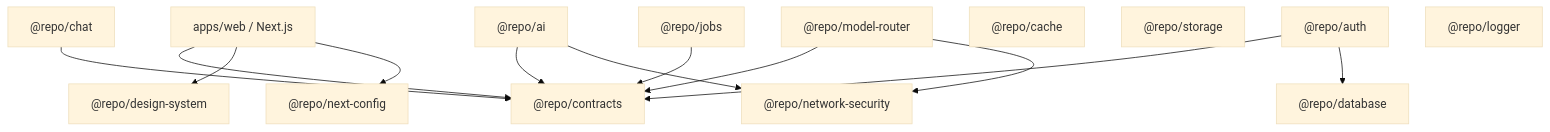
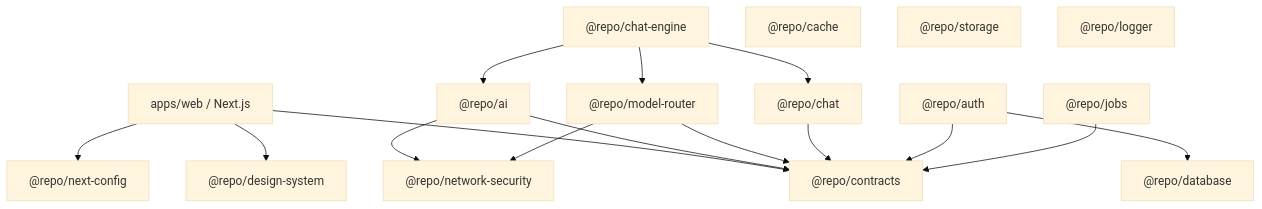
Before and after one commit to Loosand/chat: the first of 2 diagrams in design.md, drawn with Mermaid (base theme). The commit also changed other lines of this file and 23 other files, not shown here.

````diff
--- a/design.md
+++ b/design.md
@@ -23,18 +23,21 @@
 ```mermaid
 flowchart TB
   Web["apps/web / Next.js"] --> Contracts["@repo/contracts"]
   Web --> UI["@repo/design-system"]
   Web --> Config["@repo/next-config"]
 
   AI["@repo/ai"] --> Contracts
   AI --> Network["@repo/network-security"]
   Router["@repo/model-router"] --> Contracts
   Router --> Network
   Chat["@repo/chat"] --> Contracts
+  Engine["@repo/chat-engine"] --> Chat
+  Engine --> Router
+  Engine --> AI
   Auth["@repo/auth"] --> Contracts
   Auth --> Database["@repo/database"]
   Cache["@repo/cache"]
   Storage["@repo/storage"]
   Jobs["@repo/jobs"] --> Contracts
   Logger["@repo/logger"]
 ```
````
